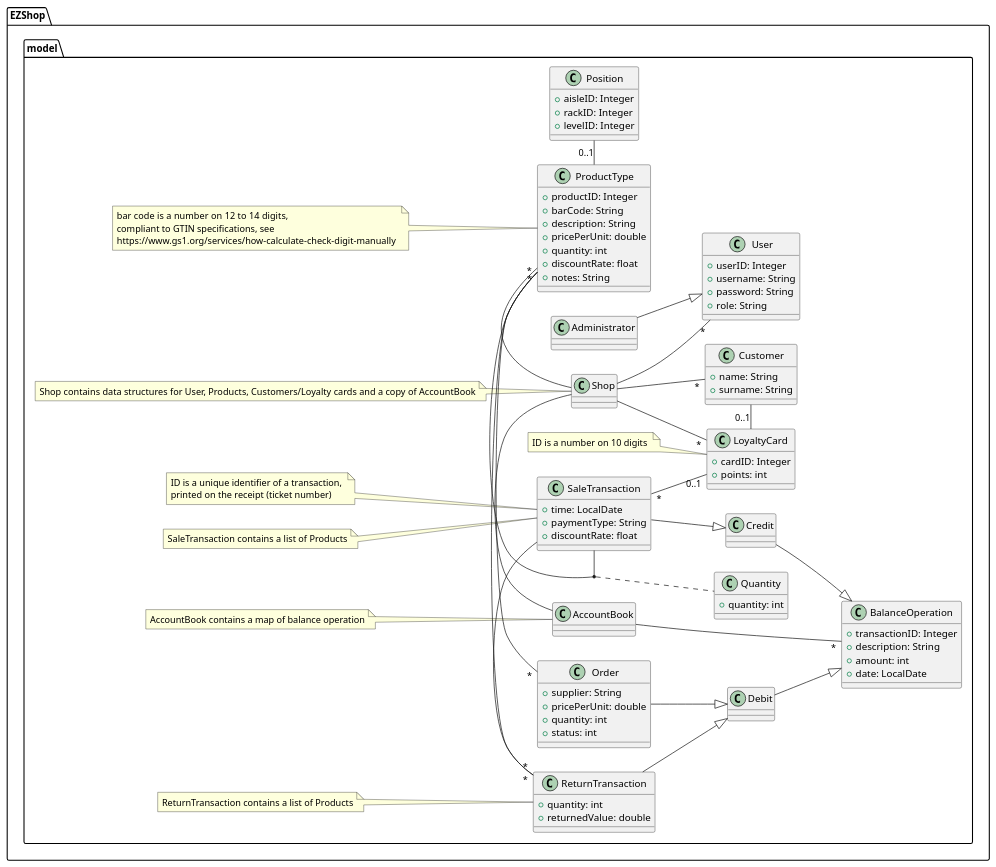
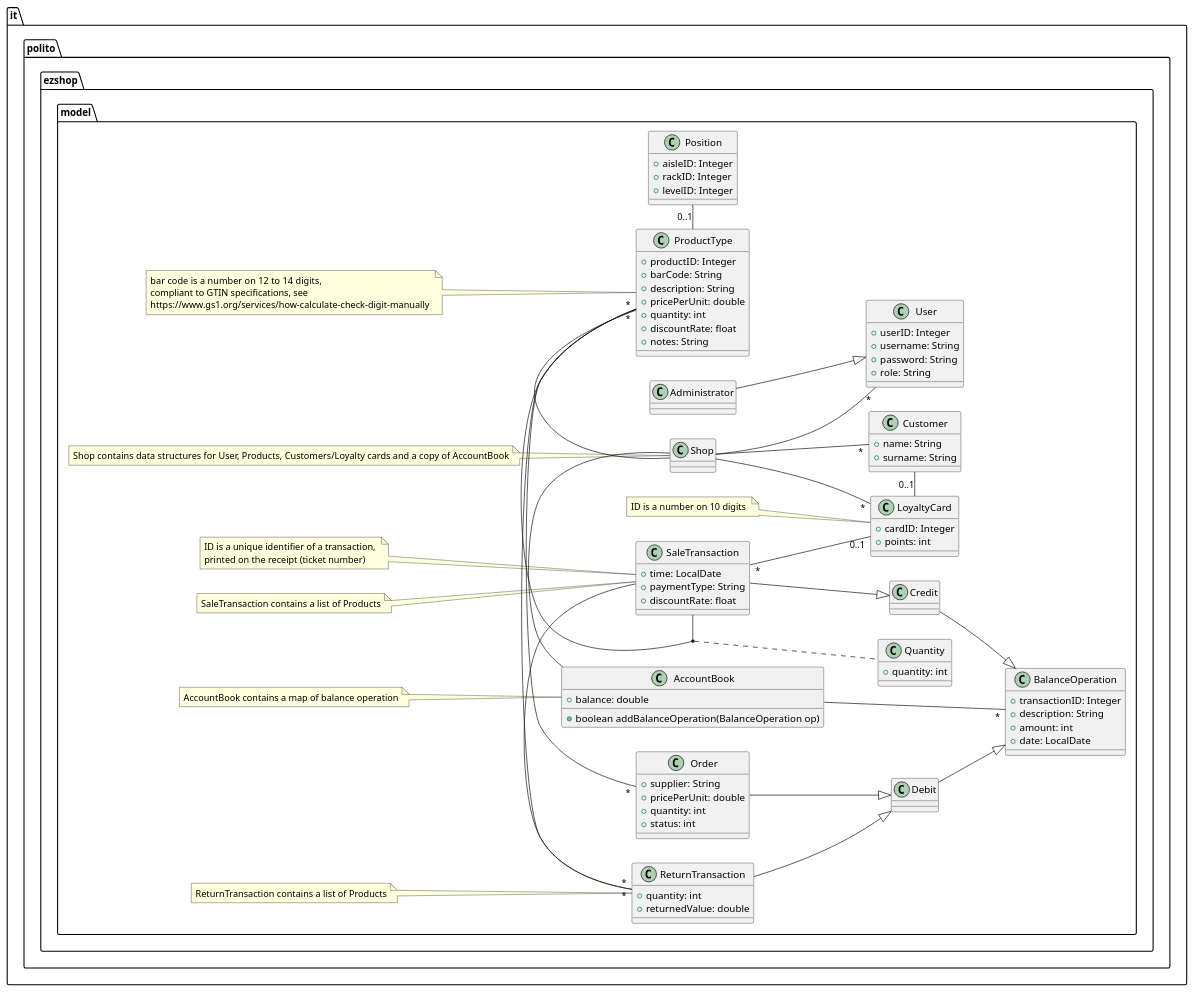
The third of 20 diagrams in Deliverables/DesignDocument.md (Stormz4/group20-EzShop), drawn with PlantUML before and after one commit. The commit also changed other lines of this file, not shown here.

```diff
--- a/Deliverables/DesignDocument.md
+++ b/Deliverables/DesignDocument.md
@@ -150,7 +151,7 @@
 left to right direction
 
 
-package EZShop.model{
+package it.polito.ezshop.model{
 class Shop{
 
 }
@@ -167,6 +168,8 @@
 Shop -- "*" User
 
 class AccountBook {
+ +balance: double
+ +boolean addBalanceOperation(BalanceOperation op)
 }
 AccountBook - Shop
 class BalanceOperation {
```
